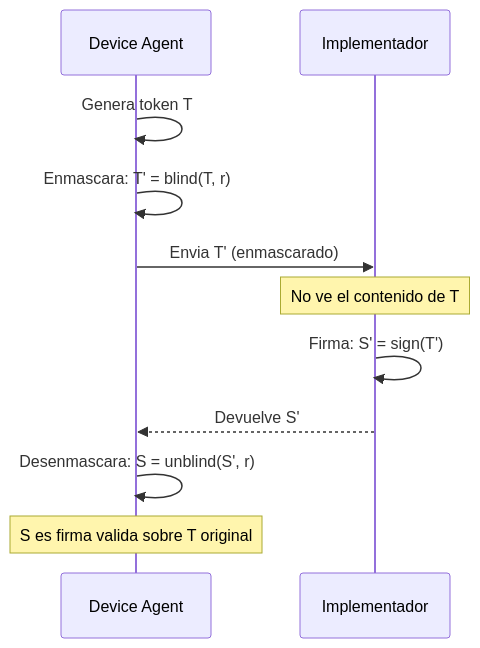
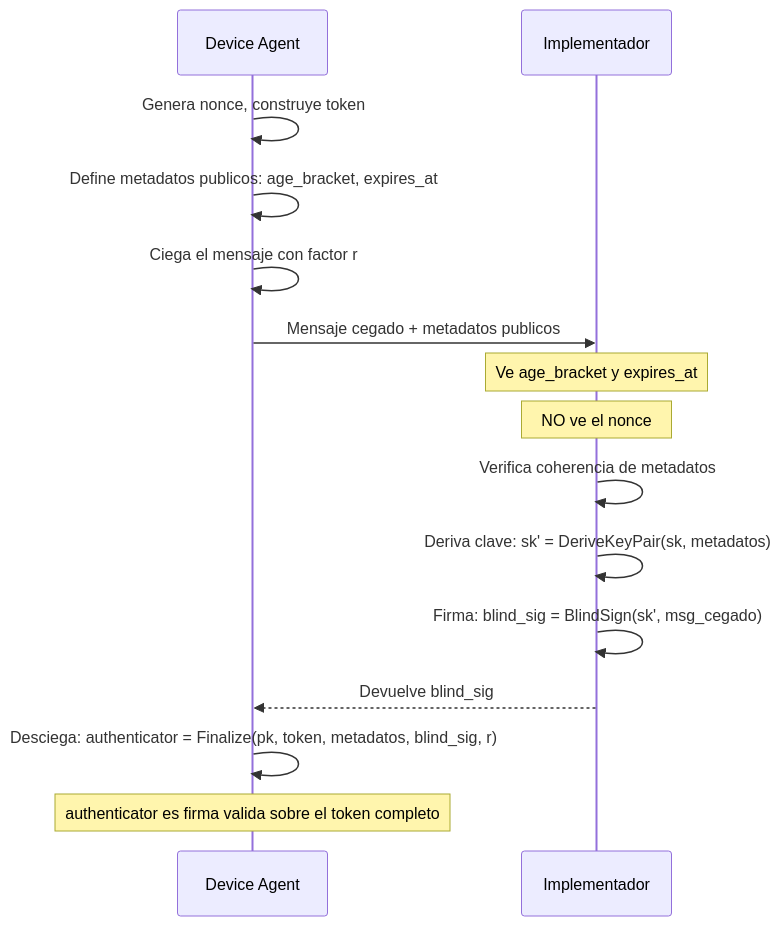
One commit to jorgej-ramos/AAVP changed the fifth of 11 diagrams in PROTOCOL.md. Above: the diagram before and after it, drawn with Mermaid. The commit also changed other lines of this file and 4 other files, not shown here.

First line of the commit message:
Adopt Partially Blind RSA (RSAPBSSA-SHA384) as token structure

````diff
--- a/PROTOCOL.md
+++ b/PROTOCOL.md
@@ -202,16 +247,20 @@
 ```mermaid
 sequenceDiagram
     participant DA as Device Agent
     participant IM as Implementador
 
-    DA->>DA: Genera token T
-    DA->>DA: Enmascara: T' = blind(T, r)
+    DA->>DA: Genera nonce, construye token
+    DA->>DA: Define metadatos publicos: age_bracket, expires_at
+    DA->>DA: Ciega el mensaje con factor r
 
-    DA->>IM: Envia T' (enmascarado)
-    Note over IM: No ve el contenido de T
-    IM->>IM: Firma: S' = sign(T')
-    IM-->>DA: Devuelve S'
+    DA->>IM: Mensaje cegado + metadatos publicos
+    Note over IM: Ve age_bracket y expires_at
+    Note over IM: NO ve el nonce
+    IM->>IM: Verifica coherencia de metadatos
+    IM->>IM: Deriva clave: sk' = DeriveKeyPair(sk, metadatos)
+    IM->>IM: Firma: blind_sig = BlindSign(sk', msg_cegado)
+    IM-->>DA: Devuelve blind_sig
 
-    DA->>DA: Desenmascara: S = unblind(S', r)
-    Note over DA: S es firma valida sobre T original
+    DA->>DA: Desciega: authenticator = Finalize(pk, token, metadatos, blind_sig, r)
+    Note over DA: authenticator es firma valida sobre el token completo
 ```
````
